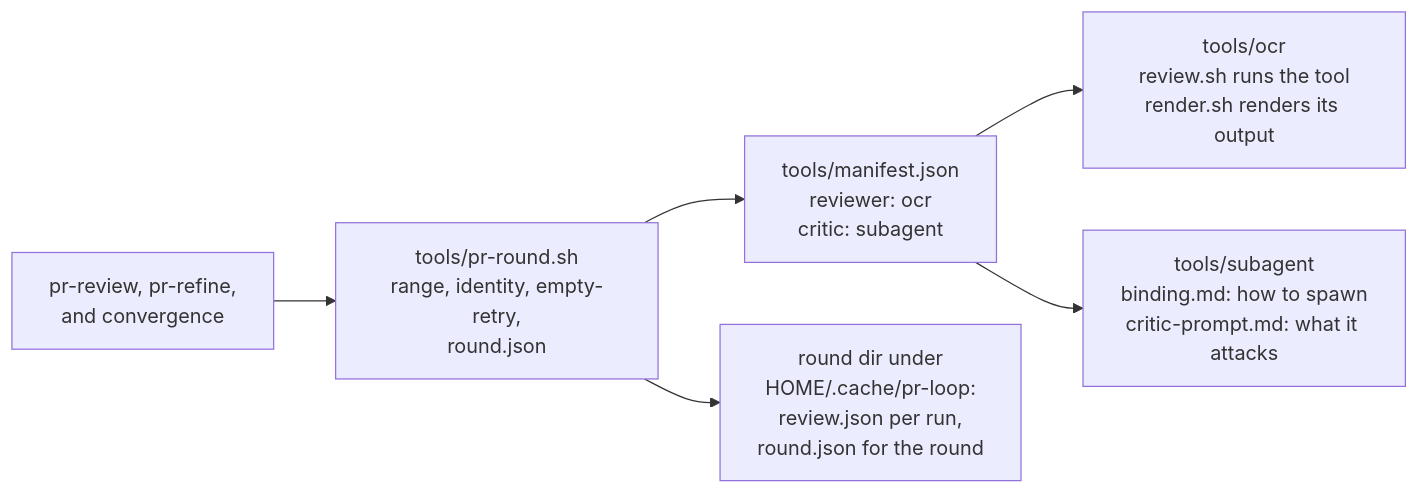
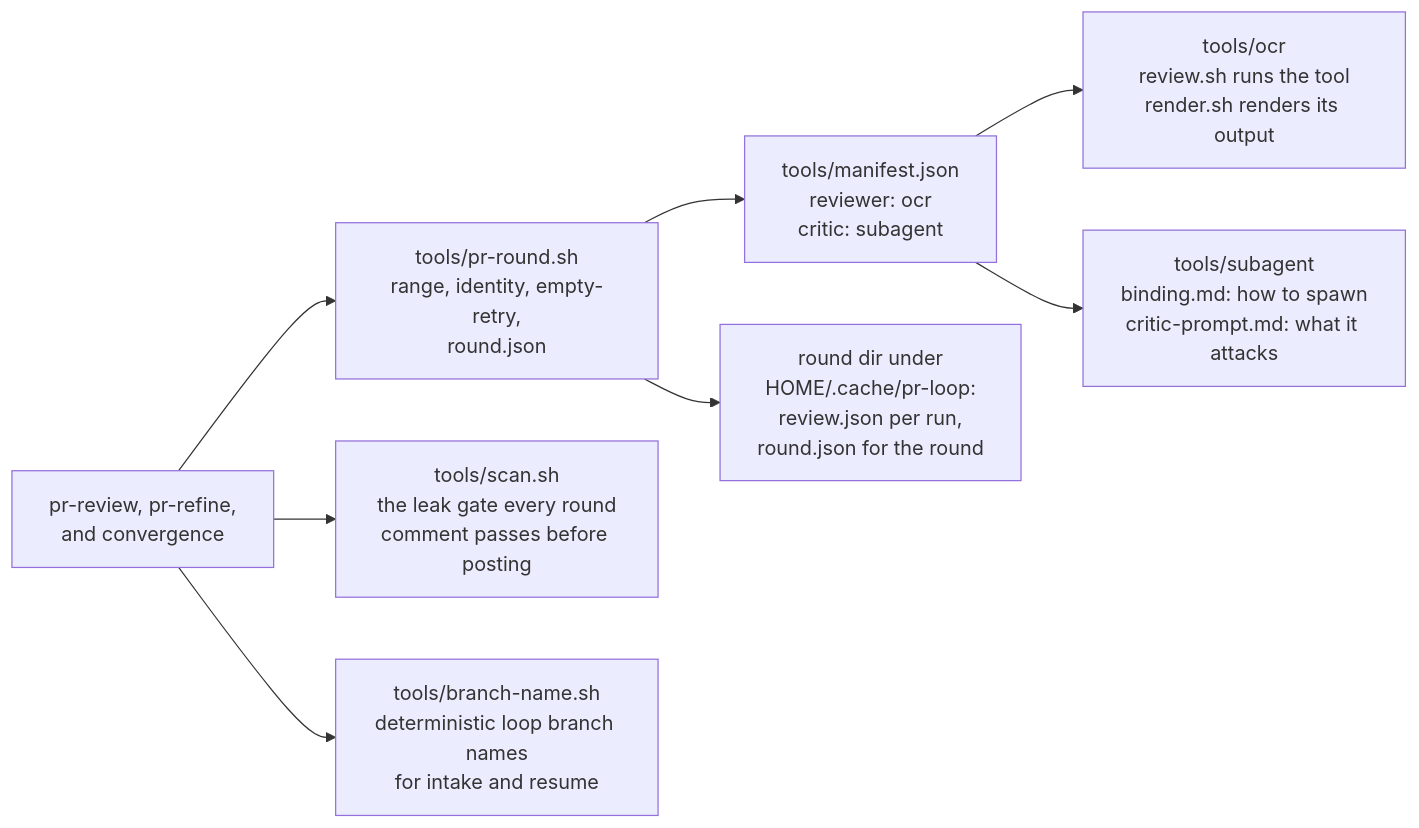
The second of 2 diagrams in dot_claude/skills/issue-to-pr/flow.md (ryankanno/dotfiles), drawn with Mermaid before and after one commit. The commit also changed other lines of this file, not shown here.

Commit message:
docs(claude): name the scan and branch-name tools in the flow map

````diff
--- a/dot_claude/skills/issue-to-pr/flow.md
+++ b/dot_claude/skills/issue-to-pr/flow.md
@@ -69,8 +69,10 @@
 ```mermaid
 flowchart LR
     S["pr-review, pr-refine,<br/>and convergence"] --> P["tools/pr-round.sh<br/>range, identity, empty-retry,<br/>round.json"]
     P --> M["tools/manifest.json<br/>reviewer: ocr<br/>critic: subagent"]
     M --> R["tools/ocr<br/>review.sh runs the tool<br/>render.sh renders its output"]
     M --> C["tools/subagent<br/>binding.md: how to spawn<br/>critic-prompt.md: what it attacks"]
     P --> O["round dir under<br/>HOME/.cache/pr-loop:<br/>review.json per run,<br/>round.json for the round"]
+    S --> SC["tools/scan.sh<br/>the leak gate every round<br/>comment passes before posting"]
+    S --> BN["tools/branch-name.sh<br/>deterministic loop branch names<br/>for intake and resume"]
 ```
````
